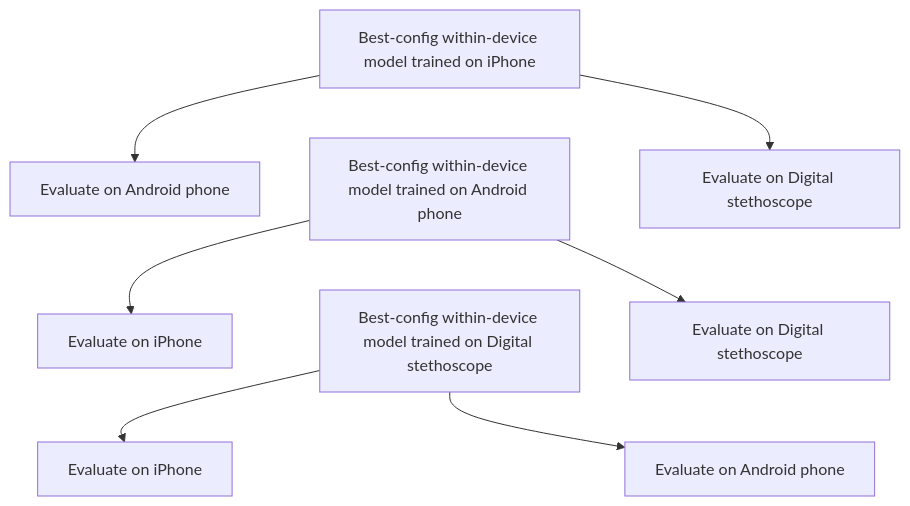
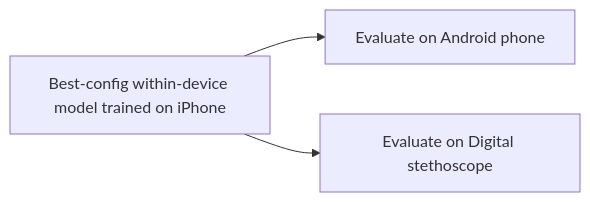
Before and after one commit to anywheredoor/phonocardiogram-lvef-deeplearning: the second of 5 diagrams in README.md, drawn with Mermaid. The commit also changed other lines of this file, not shown here.

Commit message:
Split README cross-device workflow

````diff
--- a/README.md
+++ b/README.md
@@ -114,15 +115,5 @@
 ```mermaid
-flowchart TB
+flowchart LR
     A["Best-config within-device model trained on iPhone"] --> A1["Evaluate on Android phone"]
     A --> A2["Evaluate on Digital stethoscope"]
-    B["Best-config within-device model trained on Android phone"] --> B1["Evaluate on iPhone"]
-    B --> B2["Evaluate on Digital stethoscope"]
-    C["Best-config within-device model trained on Digital stethoscope"] --> C1["Evaluate on iPhone"]
-    C --> C2["Evaluate on Android phone"]
-    A ~~~ B
-    B ~~~ C
-    A1 ~~~ B1
-    B1 ~~~ C1
-    A2 ~~~ B2
-    B2 ~~~ C2
 ```
````
